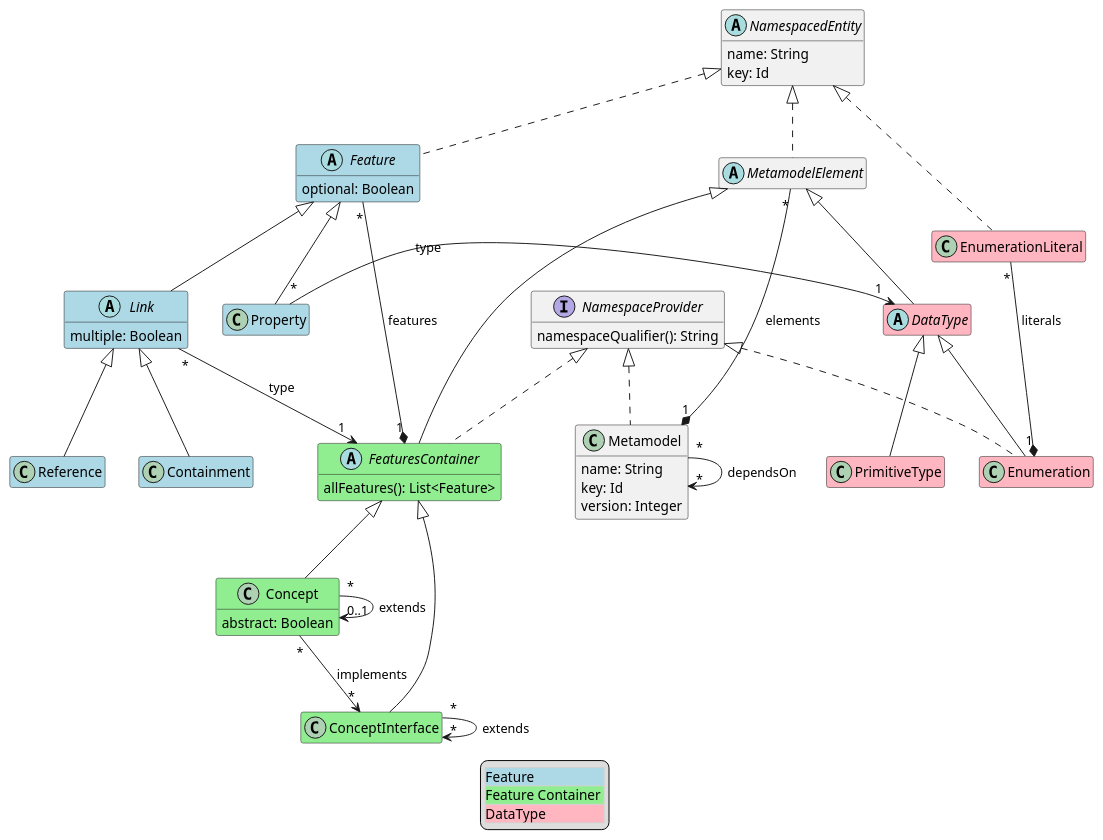
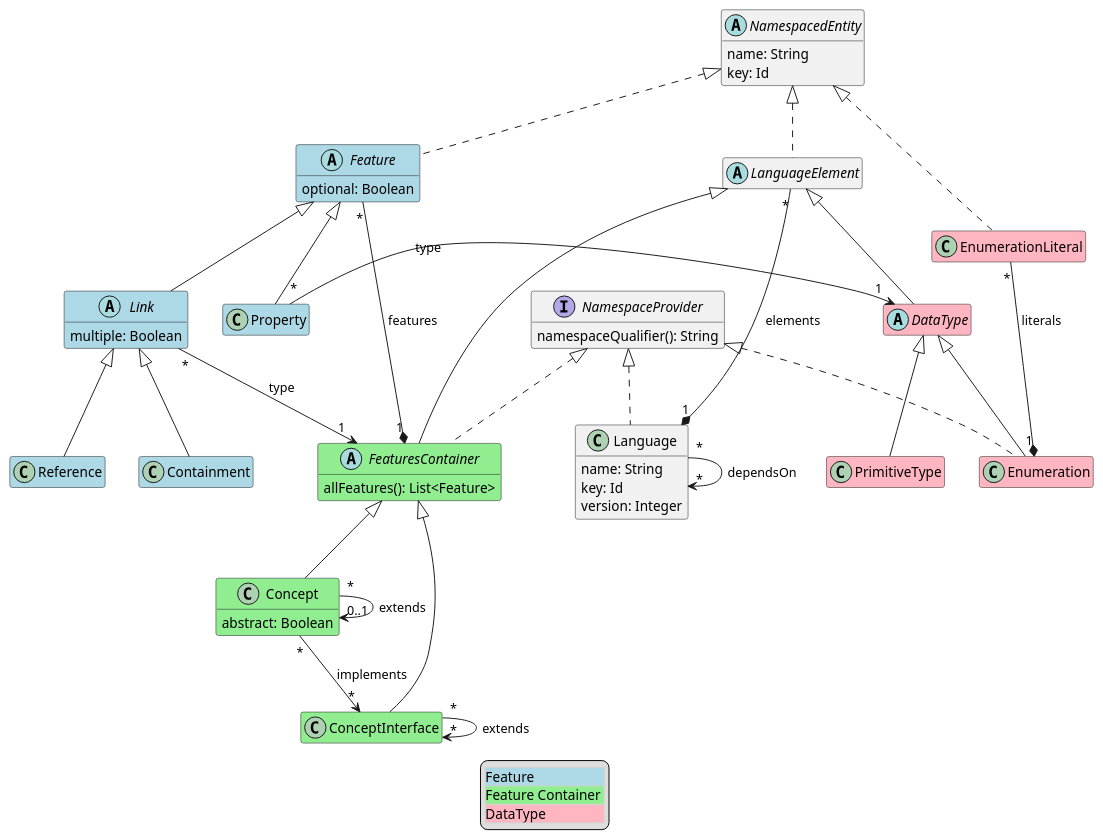
The diagram in lioncore/metametamodel.puml (LionWeb-io/specification), drawn with PlantUML before and after one commit. The commit also changed 7 other files, not shown here.

Commit message:
renamed metamodel to language (#78)

```diff
--- a/lioncore/metametamodel.puml
+++ b/lioncore/metametamodel.puml
@@ -1,76 +1,76 @@
 @startuml
 hide empty members
 
 class Concept #LightGreen extends FeaturesContainer {
   abstract: Boolean
 }
 
 class ConceptInterface #LightGreen extends FeaturesContainer
 
 class Containment #LightBlue extends Link
 
-abstract class DataType #LightPink extends MetamodelElement
+abstract class DataType #LightPink extends LanguageElement
 
 class Enumeration #LightPink extends DataType implements NamespaceProvider
 
 class EnumerationLiteral #LightPink implements NamespacedEntity
 
 abstract class Feature #LightBlue implements NamespacedEntity {
   optional: Boolean
 }
 
-abstract class FeaturesContainer #LightGreen extends MetamodelElement implements NamespaceProvider {
+abstract class FeaturesContainer #LightGreen extends LanguageElement implements NamespaceProvider {
   allFeatures(): List<Feature>
 }
 
 abstract class Link #LightBlue extends Feature {
   multiple: Boolean
 }
 
-class Metamodel implements NamespaceProvider {
+class Language implements NamespaceProvider {
   name: String
   key: Id
   version: Integer
 }
 
-abstract class MetamodelElement implements NamespacedEntity
+abstract class LanguageElement implements NamespacedEntity
 
 abstract class NamespacedEntity {
   name: String
   key: Id
 }
 
 interface NamespaceProvider {
   namespaceQualifier(): String
 }
 
 class PrimitiveType #LightPink extends DataType
 
 class Property #LightBlue extends Feature
 
 class Reference #LightBlue extends Link
 
 ' relations:
 
 Concept "*" -> "0..1" Concept: extends
 Concept "*" --> "*" ConceptInterface: implements
 
 ConceptInterface "*" --> "*" ConceptInterface: extends
 
 EnumerationLiteral "*" -* "1" Enumeration : literals
 
 Feature "*" -* "1" FeaturesContainer: features
 
 Link "*" --> "1" FeaturesContainer: type
 
-Metamodel "*" --> "*" Metamodel: dependsOn
-MetamodelElement "*" -* "1" Metamodel: elements
+Language "*" --> "*" Language: dependsOn
+LanguageElement "*" -* "1" Language: elements
 
 Property "*" -> "1" DataType: type
 
 legend
   <#LightGray,#LightGray>| <#LightBlue>Feature |
   | <#LightGreen>Feature Container |
   | <#LightPink>DataType |
 end legend
 @enduml
```
